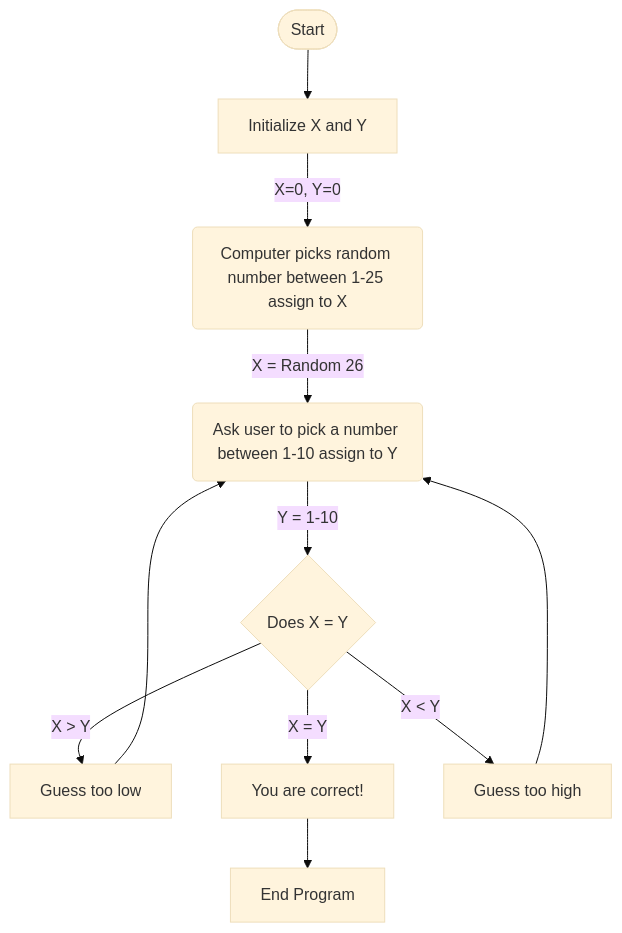
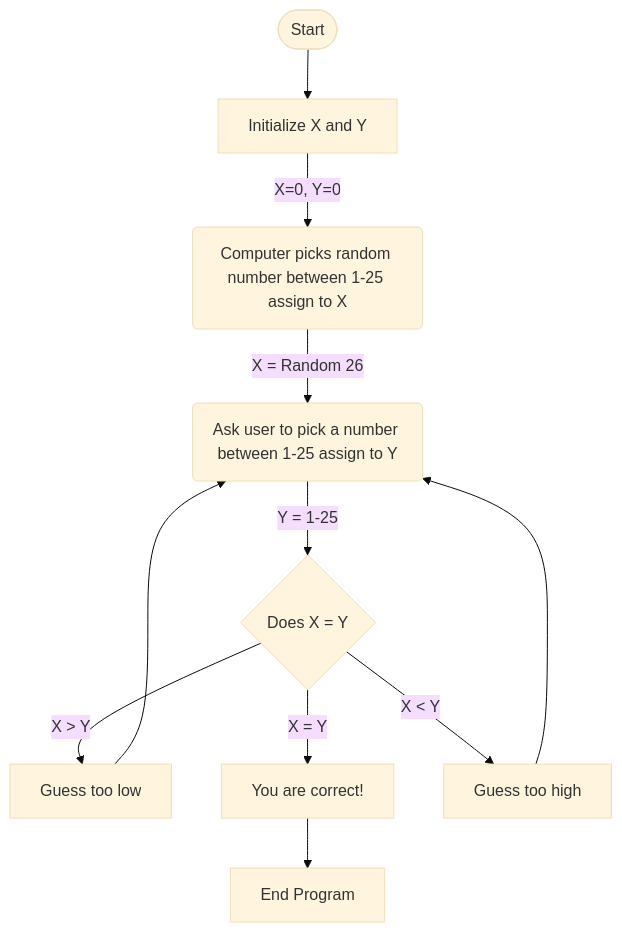
Before and after one commit to ansmith2/ansmith2.github.io: the diagram in Guessing.md, drawn with Mermaid (base theme). The commit also changed other lines of this file, not shown here.

````diff
--- a/Guessing.md
+++ b/Guessing.md
@@ -1,9 +1,9 @@
 ```mermaid
 flowchart TD
 Start([Start]) -->
     A[Initialize X and Y] -->|X=0, Y=0| B(Computer picks random number between 1-25 assign to X)
-    B -->|X = Random 26| C(Ask user to pick a number between 1-10 assign to Y) -->|Y = 1-10| D
+    B -->|X = Random 26| C(Ask user to pick a number between 1-25 assign to Y) -->|Y = 1-25| D
     D{Does X = Y} -->|X > Y| J[Guess too low] -->C
     D -->|X = Y| E[You are correct!] --> M[End Program]
     D -->|X < Y| F[Guess too high] -->C
 ```
````
